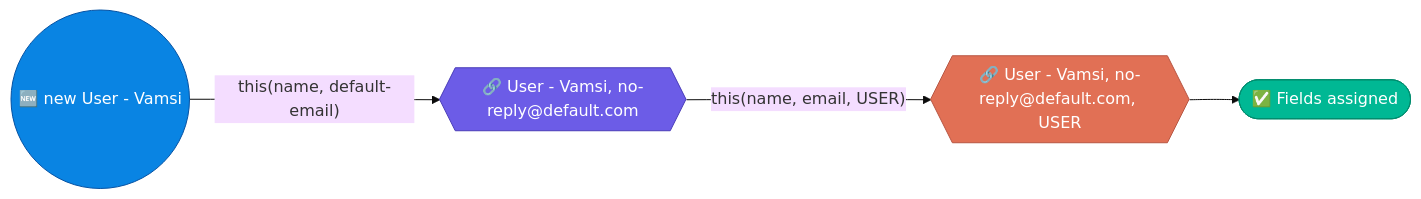
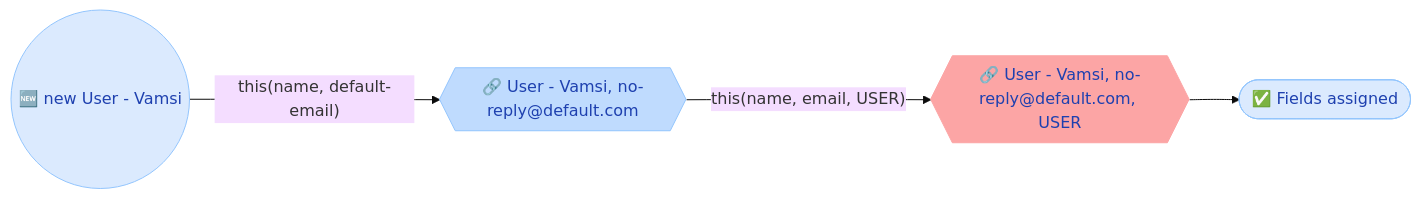
One commit to saivamsikaruturi/vamsilabs-dev-notes-main changed the second of 2 diagrams in docs/java/Constructors.md. Above: the diagram before and after it, drawn with Mermaid (base theme). The commit also changed other lines of this file and 220 other files, not shown here.

First line of the commit message:
Add 50+ new Java/Spring Boot pages, rewrite CSS code blocks to Oracle style, fix all diagram colors

````diff
--- a/docs/java/Constructors.md
+++ b/docs/java/Constructors.md
@@ -134,11 +134,11 @@
 ```mermaid
 flowchart LR
     A(("🆕 new User - Vamsi")) -->|"this(name, default-email)"| B{{"🔗 User - Vamsi, no-reply@default.com"}}
     B -->|"this(name, email, USER)"| C{{"🔗 User - Vamsi, no-reply@default.com, USER"}}
     C --> D(["✅ Fields assigned"])
 
-    style A fill:#0984e3,stroke:#0652a3,color:#fff
-    style B fill:#6c5ce7,stroke:#4a3db8,color:#fff
-    style C fill:#e17055,stroke:#b85643,color:#fff
-    style D fill:#00b894,stroke:#008c6e,color:#fff
+    style A fill:#DBEAFE,stroke:#93C5FD,color:#1E40AF
+    style B fill:#BFDBFE,stroke:#93C5FD,color:#1E40AF
+    style C fill:#FCA5A5,stroke:#FCA5A5,color:#1E40AF
+    style D fill:#DBEAFE,stroke:#93C5FD,color:#1E40AF
 ```
````
